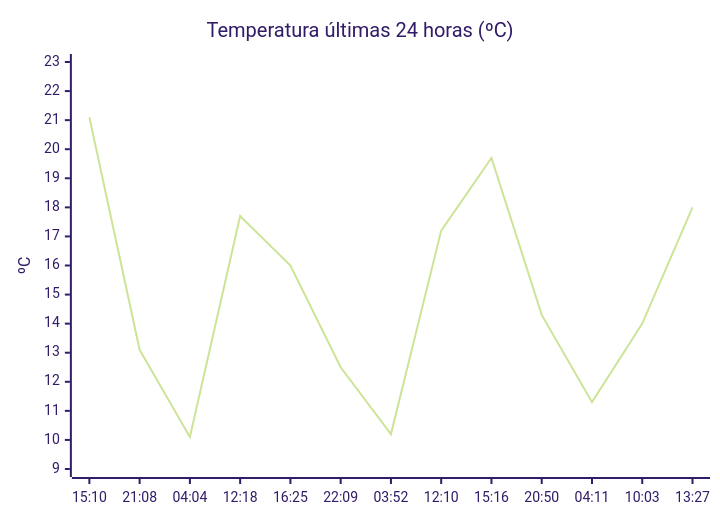
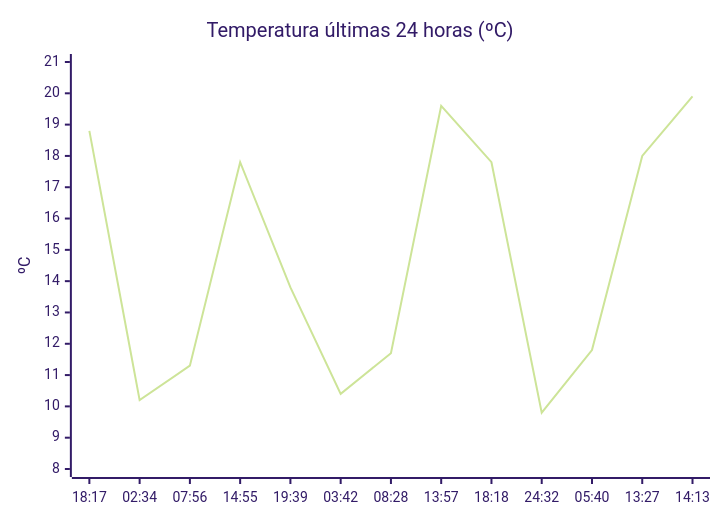
Before and after one commit to solidsnk86/rem-scrap: the diagram in README.md, drawn with Mermaid (forest theme). The commit also changed other lines of this file, not shown here.

````diff
--- a/README.md
+++ b/README.md
@@ -28,7 +36,7 @@
 ```mermaid
 xychart-beta
     title "Temperatura últimas 24 horas (ºC)"
-    x-axis ["15:10", "21:08", "04:04", "12:18", "16:25", "22:09", "03:52", "12:10", "15:16", "20:50", "04:11", "10:03", "13:27"]
-    y-axis "ºC" 9 --> 23
-    line [21.1, 13.1, 10.1, 17.7, 16, 12.5, 10.2, 17.2, 19.7, 14.3, 11.3, 14, 18]
+    x-axis ["18:17", "02:34", "07:56", "14:55", "19:39", "03:42", "08:28", "13:57", "18:18", "24:32", "05:40", "13:27", "14:13"]
+    y-axis "ºC" 8 --> 21
+    line [18.8, 10.2, 11.3, 17.8, 13.8, 10.4, 11.7, 19.6, 17.8, 9.8, 11.8, 18, 19.9]
 ```
````
